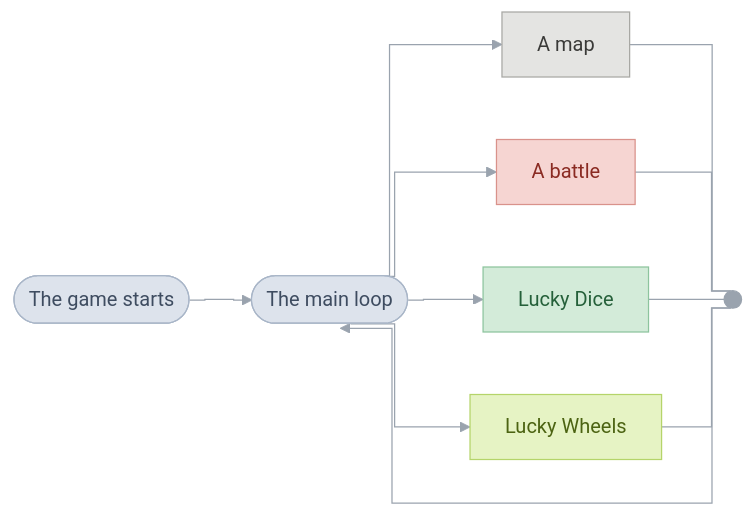
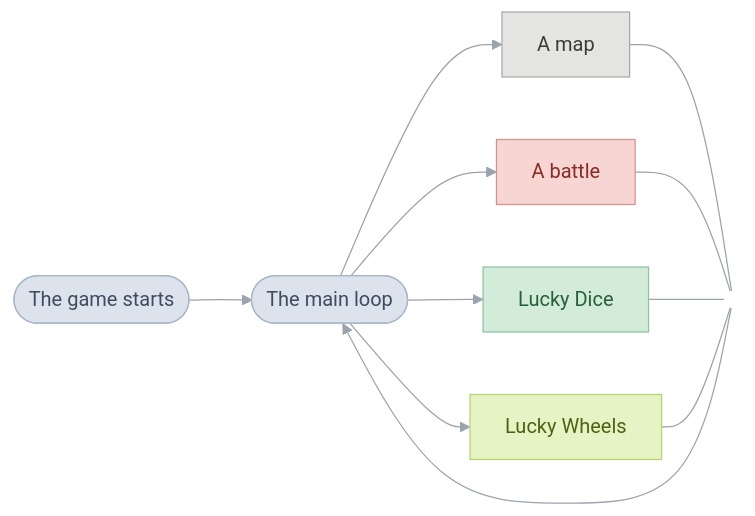
Before and after one commit to PascalPixel/alchemy: the diagram in games/tbs/README.md, drawn with Mermaid.

Commit message:
Front page: the main-loop diagram's lines curve and meet without a dot

````diff
--- a/games/tbs/README.md
+++ b/games/tbs/README.md
@@ -29,27 +29,27 @@
 ```mermaid
-%%{init: {"theme": "base", "themeVariables": {"lineColor": "#9AA3AE"}, "flowchart": {"curve": "step", "padding": 14}}}%%
+%%{init: {"theme": "base", "themeVariables": {"lineColor": "#9AA3AE"}, "flowchart": {"curve": "basis", "padding": 14}}}%%
 flowchart LR
   start(["The game starts"]) --> loop(["The main loop"])
   loop --> map["A map"]
   loop --> battle["A battle"]
   loop --> dice["Lucky Dice"]
   loop --> wheels["Lucky Wheels"]
   map --- back(( ))
   battle --- back
   dice --- back
   wheels --- back
   back --> loop
   classDef flow fill:#DDE3EC,stroke:#A9B6C8,color:#3E4C60
   classDef field fill:#E4E4E2,stroke:#A8A8A4,color:#3A3A38
   classDef fight fill:#F6D5D2,stroke:#D9928B,color:#8A2A22
   classDef dice fill:#D3EBD9,stroke:#8DC49E,color:#25603A
   classDef wheels fill:#E6F3C4,stroke:#B5D46A,color:#4C6312
-  classDef join fill:#9AA3AE,stroke:#9AA3AE
+  classDef join fill:transparent,stroke:transparent
   class start,loop flow
   class map field
   class battle fight
   class dice dice
   class wheels wheels
   class back join
-  style back width:8px,height:8px
+  style back width:1px,height:1px
 ```
````
